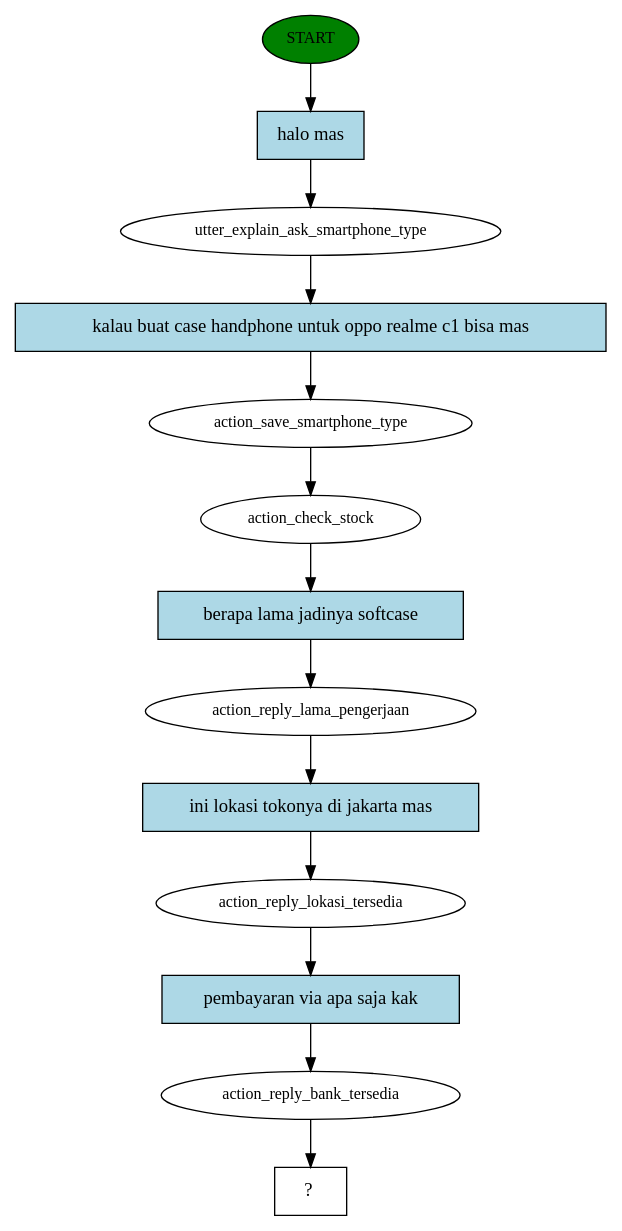
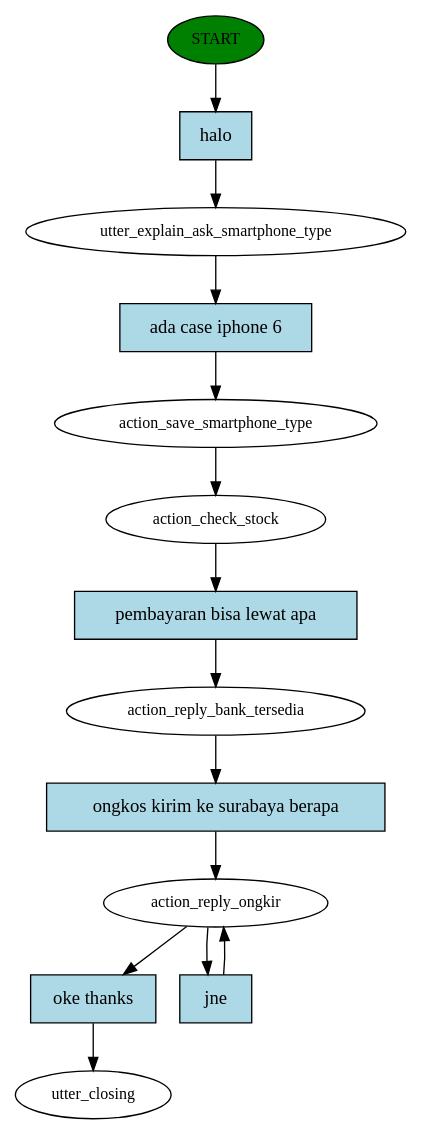
The diagram in story_graph.dot (veronicaads/pybot-chatbot), drawn with Graphviz before and after one commit. The commit also changed 32 other files, not shown here.

```diff
--- a/story_graph.dot
+++ b/story_graph.dot
@@ -1,27 +1,28 @@
 digraph  {
 0 [class="start active", fillcolor=green, fontsize=12, label=START, style=filled];
 1 [class=active, fontsize=12, label=utter_explain_ask_smartphone_type];
 2 [class=active, fontsize=12, label=action_save_smartphone_type];
 3 [class=active, fontsize=12, label=action_check_stock];
-4 [class=active, fontsize=12, label=action_reply_lama_pengerjaan];
-5 [class=active, fontsize=12, label=action_reply_lokasi_tersedia];
-6 [class=active, fontsize=12, label=action_reply_bank_tersedia];
-7 [class="intent dashed active", label="  ?  ", shape=rect];
-8 [class="intent active", fillcolor=lightblue, label="halo mas", shape=rect, style=filled];
-9 [class="intent active", fillcolor=lightblue, label="kalau buat case handphone untuk oppo realme c1 bisa mas ", shape=rect, style=filled];
-10 [class="intent active", fillcolor=lightblue, label="berapa lama jadinya softcase ", shape=rect, style=filled];
-11 [class="intent active", fillcolor=lightblue, label="ini lokasi tokonya di jakarta mas ", shape=rect, style=filled];
-12 [class="intent active", fillcolor=lightblue, label="pembayaran via apa saja kak", shape=rect, style=filled];
+4 [class=active, fontsize=12, label=action_reply_bank_tersedia];
+5 [class=active, fontsize=12, label=action_reply_ongkir];
+7 [class="dashed active", fontsize=12, label=utter_closing];
+8 [class="intent active", fillcolor=lightblue, label=halo, shape=rect, style=filled];
+9 [class="intent active", fillcolor=lightblue, label="ada case iphone 6", shape=rect, style=filled];
+10 [class="intent active", fillcolor=lightblue, label="pembayaran bisa lewat apa", shape=rect, style=filled];
+11 [class="intent active", fillcolor=lightblue, label="ongkos kirim ke surabaya berapa", shape=rect, style=filled];
+12 [class="intent active", fillcolor=lightblue, label="oke thanks", shape=rect, style=filled];
+13 [class="intent active", fillcolor=lightblue, label=jne, shape=rect, style=filled];
 0 -> 8  [class=active, key=0];
 1 -> 9  [class=active, key=0];
 2 -> 3  [class=active, key=NONE, label=""];
 3 -> 10  [class=active, key=0];
 4 -> 11  [class=active, key=0];
 5 -> 12  [class=active, key=0];
-6 -> 7  [class=active, key=NONE, label=""];
+5 -> 13  [class=active, key=0];
 8 -> 1  [class=active, key=0];
 9 -> 2  [class=active, key=0];
 10 -> 4  [class=active, key=0];
 11 -> 5  [class=active, key=0];
-12 -> 6  [class=active, key=0];
+12 -> 7  [class=active, key=0];
+13 -> 5  [class=active, key=0];
 }
```
